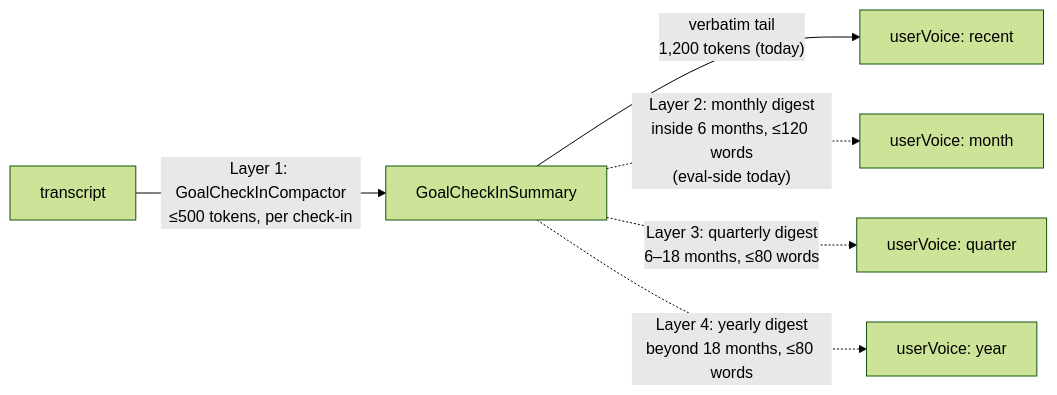
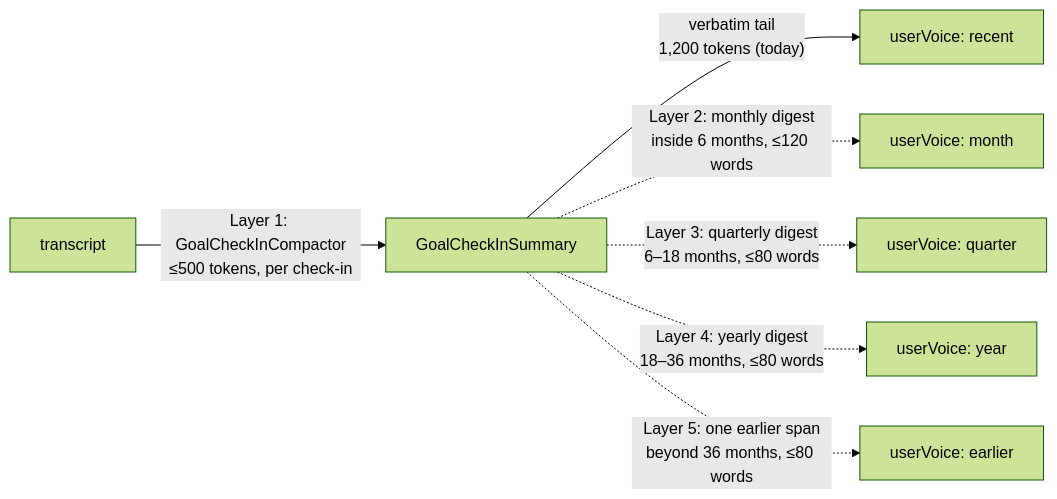
Before and after one commit to matthiasn/lotti: the fifth of 5 diagrams in knowledge/features/goals.md, drawn with Mermaid (forest theme). The commit also changed other lines of this file and 14 other files, not shown here.

````diff
--- a/knowledge/features/goals.md
+++ b/knowledge/features/goals.md
@@ -1507,8 +1516,9 @@
 ```mermaid
 flowchart LR
   T["transcript"] -- "Layer 1: GoalCheckInCompactor<br/>≤500 tokens, per check-in" --> S["GoalCheckInSummary"]
   S -- "verbatim tail<br/>1,200 tokens (today)" --> V["userVoice: recent"]
-  S -. "Layer 2: monthly digest<br/>inside 6 months, ≤120 words<br/>(eval-side today)" .-> M["userVoice: month"]
+  S -. "Layer 2: monthly digest<br/>inside 6 months, ≤120 words" .-> M["userVoice: month"]
   S -. "Layer 3: quarterly digest<br/>6–18 months, ≤80 words" .-> Q["userVoice: quarter"]
-  S -. "Layer 4: yearly digest<br/>beyond 18 months, ≤80 words" .-> Y["userVoice: year"]
+  S -. "Layer 4: yearly digest<br/>18–36 months, ≤80 words" .-> Y["userVoice: year"]
+  S -. "Layer 5: one earlier span<br/>beyond 36 months, ≤80 words" .-> E["userVoice: earlier"]
 ```
````
